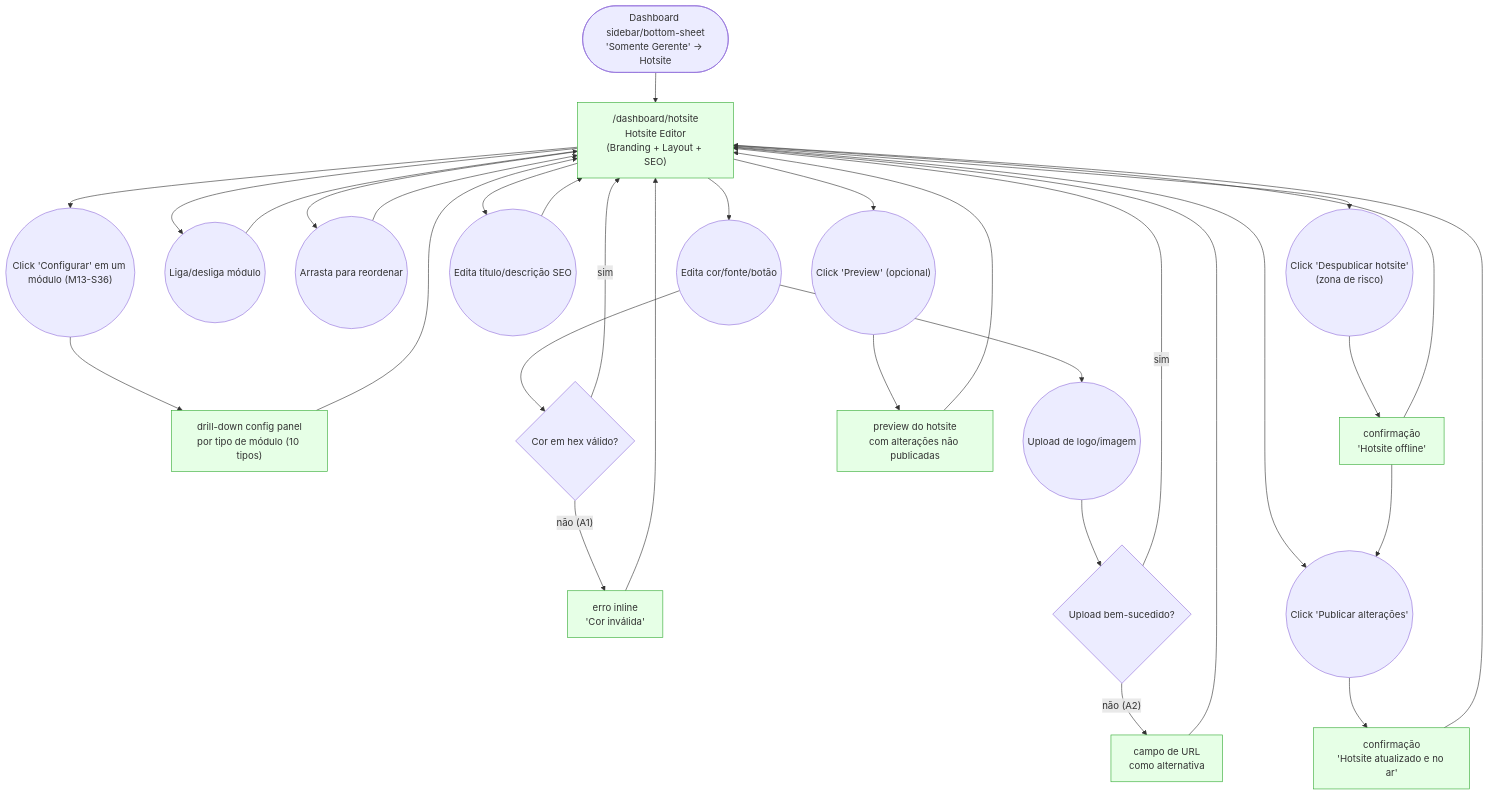
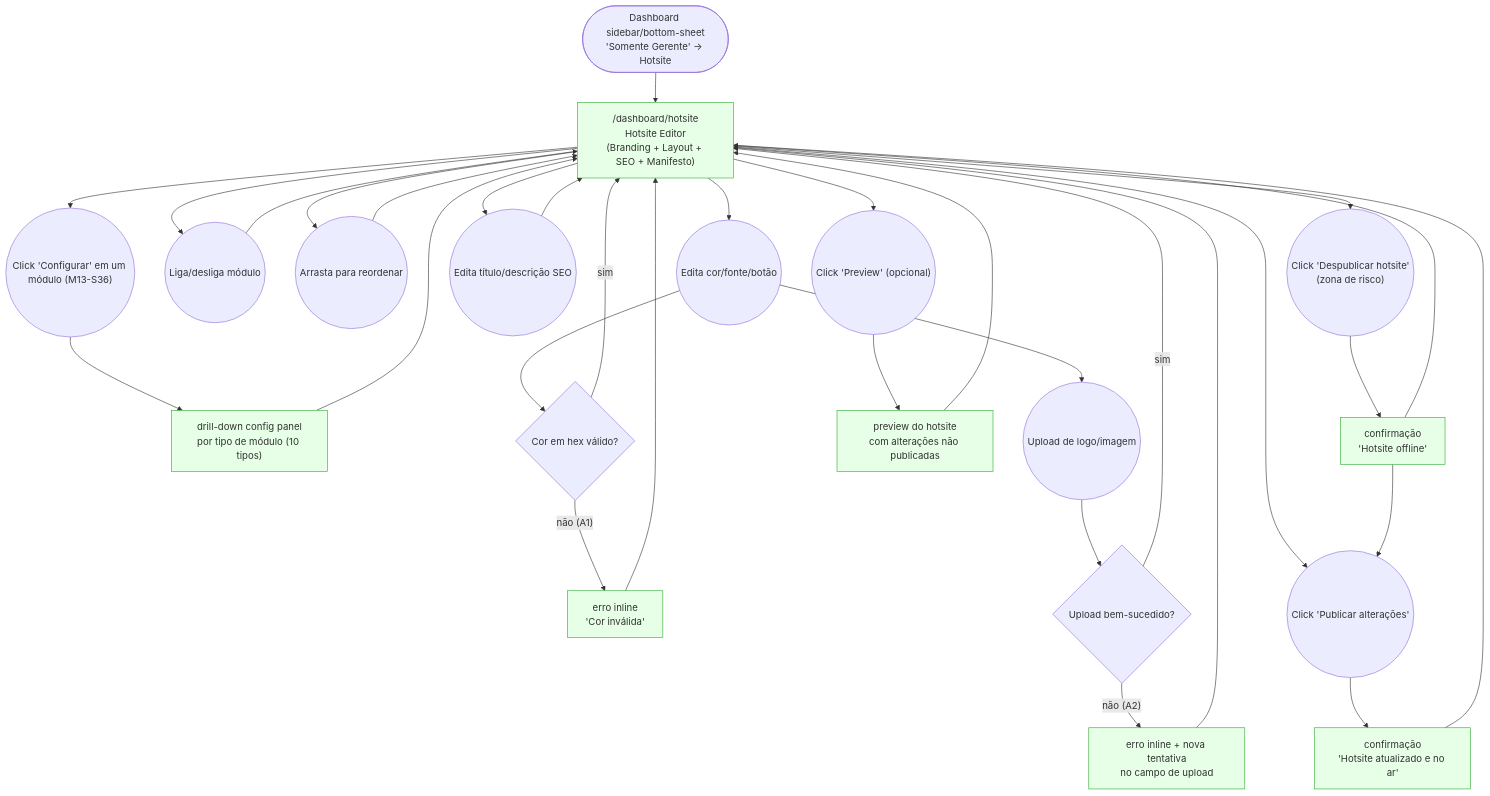
One commit to lmmoreira/ikaro changed the diagram in journeys/manager/hotsite.md. Above: the diagram before and after it, drawn with Mermaid. The commit also changed other lines of this file and 24 other files, not shown here.

````diff
--- a/journeys/manager/hotsite.md
+++ b/journeys/manager/hotsite.md
@@ -10,45 +10,45 @@
 ```mermaid
 flowchart TD
     classDef existing fill:#e6ffe6,stroke:#3a3
     classDef gap stroke:#f00,stroke-dasharray: 5 5,fill:#fee
 
-    Start(["Dashboard sidebar/bottom-sheet<br/>'Somente Gerente' → Hotsite"]) --> Editor["/dashboard/hotsite<br/>Hotsite Editor<br/>(Branding + Layout + SEO)"]
+    Start(["Dashboard sidebar/bottom-sheet<br/>'Somente Gerente' → Hotsite"]) --> Editor["/dashboard/hotsite<br/>Hotsite Editor<br/>(Branding + Layout + SEO + Manifesto)"]
 
     Editor --> EditBranding(("Edita cor/fonte/botão"))
     Editor --> ToggleModule(("Liga/desliga módulo"))
     Editor --> ReorderModule(("Arrasta para reordenar"))
     Editor --> ConfigModule(("Click 'Configurar' em um módulo (M13-S36)"))
     ConfigModule --> ModuleConfigPanel["drill-down config panel<br/>por tipo de módulo (10 tipos)"]
     ModuleConfigPanel --> Editor
     Editor --> EditSeo(("Edita título/descrição SEO"))
 
     EditBranding --> ColorValid{"Cor em hex válido?"}
     ColorValid -- "não (A1)" --> ColorError["erro inline<br/>'Cor inválida'"]
     ColorError --> Editor
     ColorValid -- "sim" --> Editor
 
     EditBranding --> ImageUpload(("Upload de logo/imagem"))
     ImageUpload --> UploadOk{"Upload bem-sucedido?"}
-    UploadOk -- "não (A2)" --> UrlFallback["campo de URL<br/>como alternativa"]
+    UploadOk -- "não (A2)" --> UrlFallback["erro inline + nova tentativa<br/>no campo de upload"]
     UrlFallback --> Editor
     UploadOk -- "sim" --> Editor
 
     ToggleModule --> Editor
     ReorderModule --> Editor
     EditSeo --> Editor
 
     Editor --> PreviewBtn(("Click 'Preview' (opcional)"))
     PreviewBtn --> PreviewPane["preview do hotsite<br/>com alterações não publicadas"]
     PreviewPane --> Editor
 
     Editor --> PublishBtn(("Click 'Publicar alterações'"))
     PublishBtn --> PublishSuccess["confirmação<br/>'Hotsite atualizado e no ar'"]
     PublishSuccess --> Editor
 
     Editor --> UnpublishBtn(("Click 'Despublicar hotsite'<br/>(zona de risco)"))
     UnpublishBtn --> UnpublishSuccess["confirmação<br/>'Hotsite offline'"]
     UnpublishSuccess --> PublishBtn
     UnpublishSuccess --> Editor
 
     class Editor,ColorError,UrlFallback,PreviewPane,PublishSuccess,UnpublishSuccess,ModuleConfigPanel existing
 ```
````
